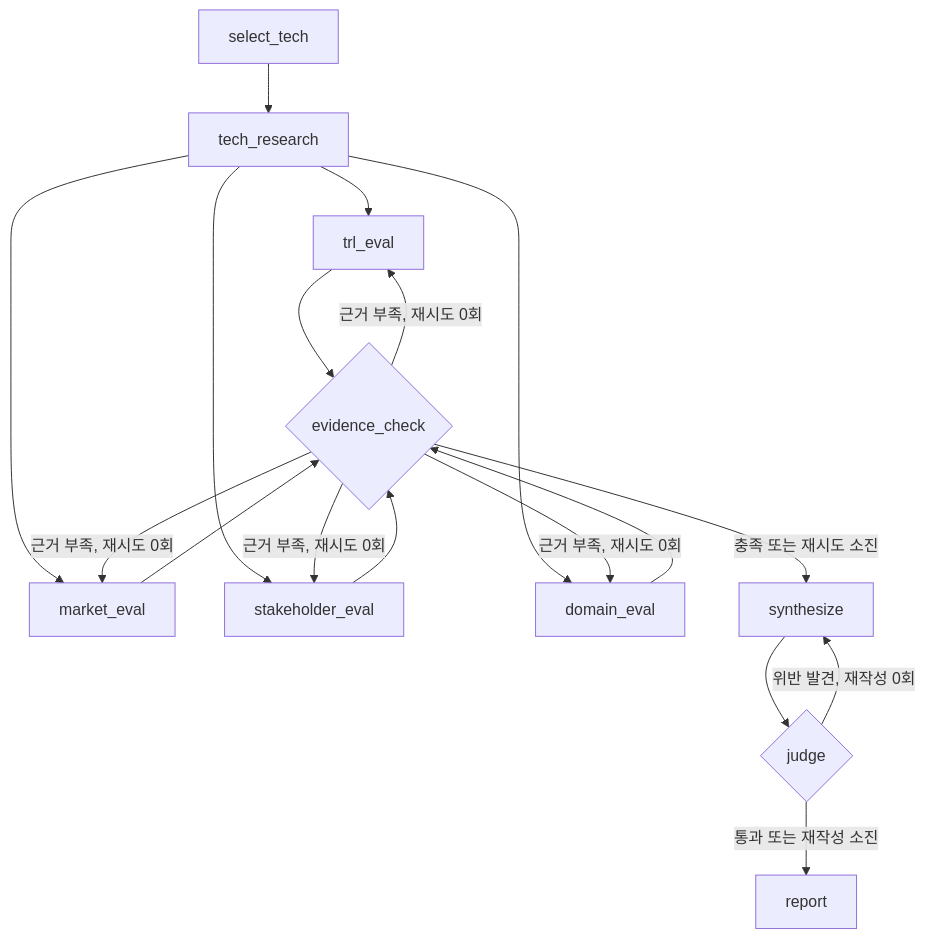
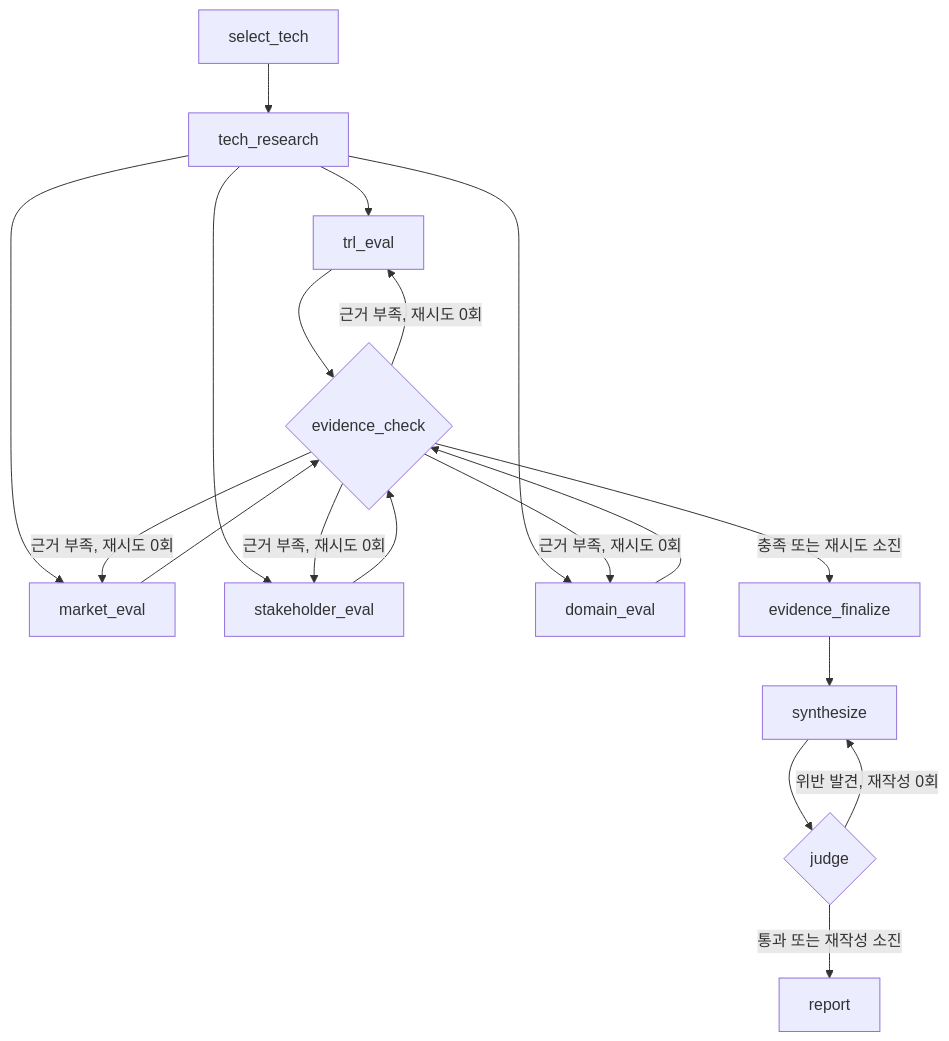
Before and after one commit to Skala-Six-Star-Club/skala-rag: the second of 2 diagrams in docs/agentic-rag-design.md, drawn with Mermaid. The commit also changed other lines of this file and 16 other files, not shown here.

Commit message:
feat : 병렬 Evidence ID 정책 및 Graph 최종화 구현

````diff
--- a/docs/agentic-rag-design.md
+++ b/docs/agentic-rag-design.md
@@ -869,20 +873,21 @@
 ```mermaid
 flowchart TD
     A["select_tech"] --> B["tech_research"]
     B --> C["trl_eval"]
     B --> D["market_eval"]
     B --> E["stakeholder_eval"]
     B --> F["domain_eval"]
     C --> G{"evidence_check"}
     D --> G
     E --> G
     F --> G
     G -- "근거 부족, 재시도 0회" --> C
     G -- "근거 부족, 재시도 0회" --> D
     G -- "근거 부족, 재시도 0회" --> E
     G -- "근거 부족, 재시도 0회" --> F
-    G -- "충족 또는 재시도 소진" --> H["synthesize"]
-    H --> I{"judge"}
-    I -- "위반 발견, 재작성 0회" --> H
-    I -- "통과 또는 재작성 소진" --> J["report"]
+    G -- "충족 또는 재시도 소진" --> H["evidence_finalize"]
+    H --> I["synthesize"]
+    I --> J{"judge"}
+    J -- "위반 발견, 재작성 0회" --> I
+    J -- "통과 또는 재작성 소진" --> K["report"]
 ```
````
